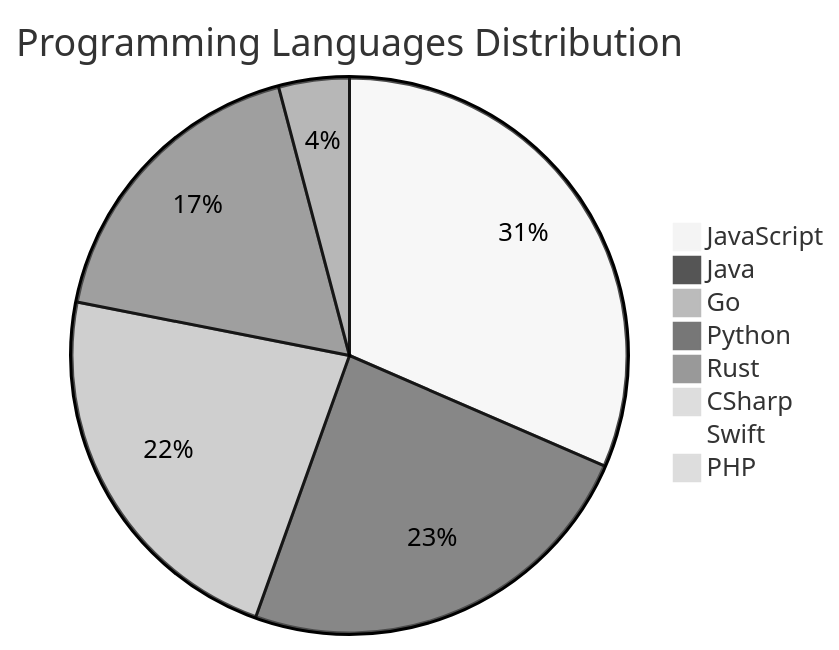
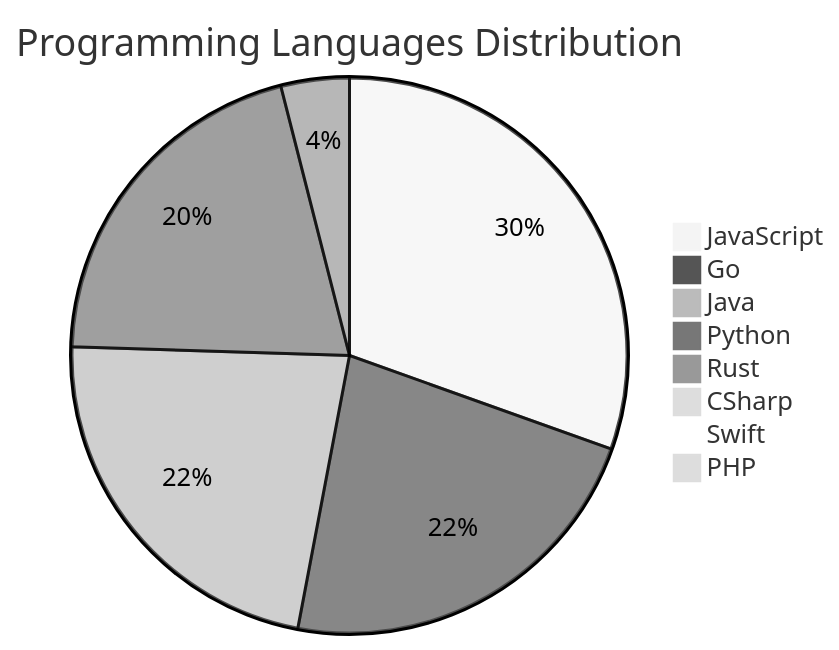
One commit to Derrick-MUGISHA/github-activity-bot changed the diagram in README.md. Above: the diagram before and after it, drawn with Mermaid (neutral theme). The commit also changed other lines of this file and 4 other files, not shown here.

````diff
--- a/README.md
+++ b/README.md
@@ -208,11 +208,11 @@
 ```mermaid
 pie title Programming Languages Distribution
     "JavaScript" : 46
-    "Java" : 35
-    "Go" : 33
-    "Python" : 26
+    "Go" : 34
+    "Java" : 34
+    "Python" : 31
     "Rust" : 6
     "CSharp" : 1
     "Swift" : 1
     "PHP" : 1
 ```
````
